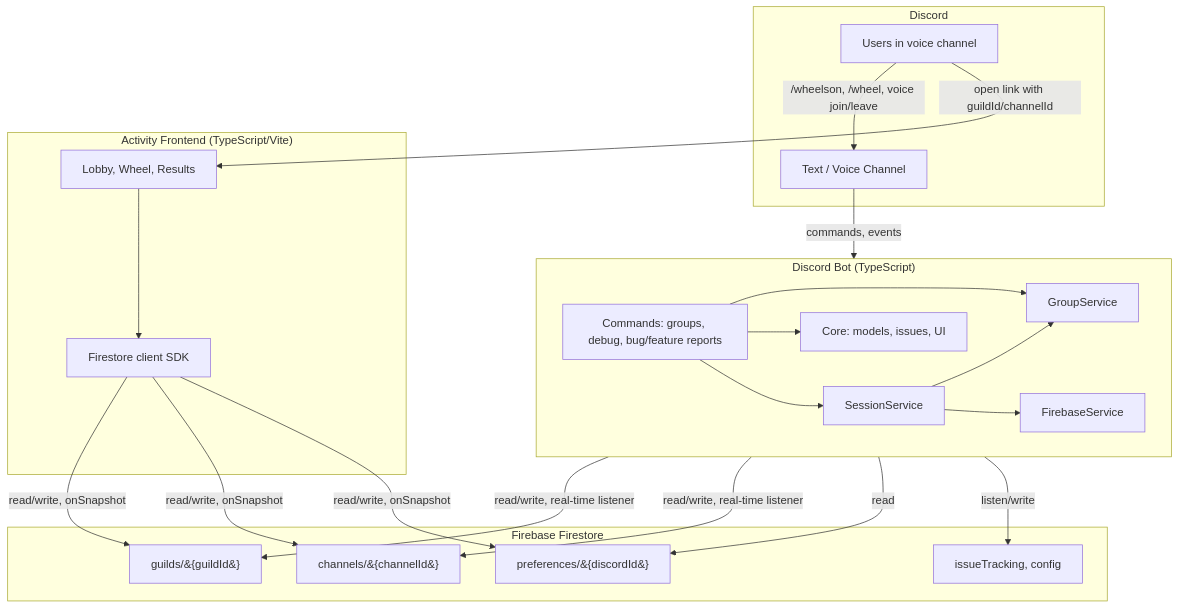
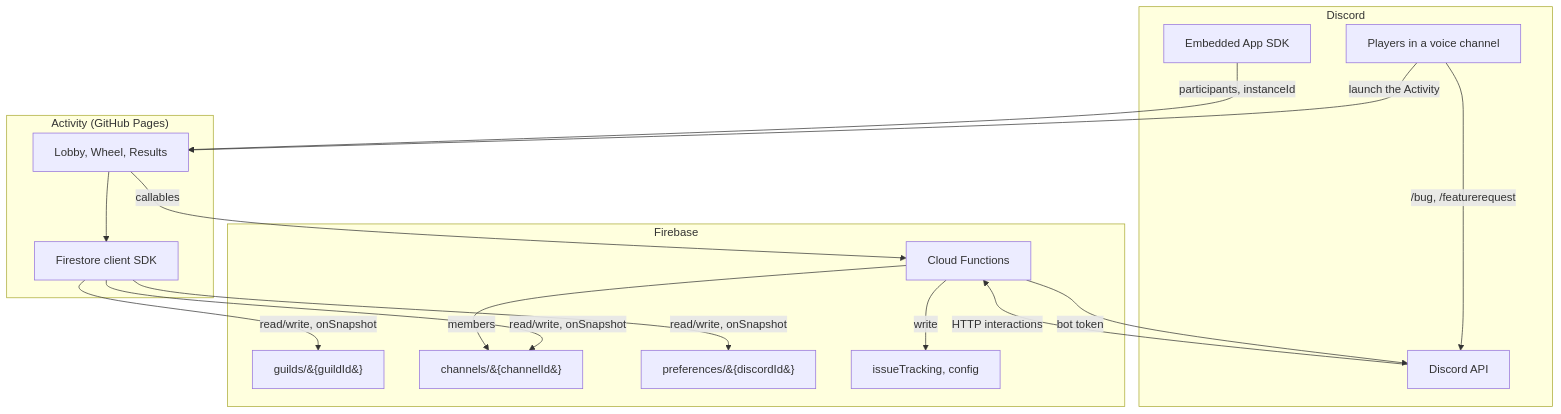
One commit to TytaniumDev/MythicPlusDiscordBot changed the first of 5 diagrams in ARCHITECTURE.md. Above: the diagram before and after it, drawn with Mermaid. The commit also changed other lines of this file and 82 other files, not shown here.

````diff
--- a/ARCHITECTURE.md
+++ b/ARCHITECTURE.md
@@ -21,43 +21,33 @@
 ```mermaid
 flowchart TB
     subgraph Discord["Discord"]
-        User[Users in voice channel]
-        Channel[Text / Voice Channel]
+        User[Players in a voice channel]
+        SDK[Embedded App SDK]
+        API[Discord API]
     end
 
-    subgraph Bot["Discord Bot (TypeScript)"]
-        Cogs[Commands: groups, debug, bug/feature reports]
-        GroupService[GroupService]
-        SessionService[SessionService]
-        FirebaseService[FirebaseService]
-        Core[Core: models, issues, UI]
-        Cogs --> GroupService
-        Cogs --> SessionService
-        Cogs --> Core
-        SessionService --> FirebaseService
-        SessionService --> GroupService
+    subgraph Frontend["Activity (GitHub Pages)"]
+        UI[Lobby, Wheel, Results]
+        UI --> FirestoreClient[Firestore client SDK]
     end
 
-    subgraph Firebase["Firebase Firestore"]
+    subgraph Firebase["Firebase"]
         Guilds[guilds/&#123;guildId&#125;]
         Channels[channels/&#123;channelId&#125;]
         Preferences[preferences/&#123;discordId&#125;]
         Sidecars[issueTracking, config]
+        Functions[Cloud Functions]
     end
 
-    subgraph Frontend["Activity Frontend (TypeScript/Vite)"]
-        UI[Lobby, Wheel, Results]
-        UI --> FirestoreClient[Firestore client SDK]
-    end
-
-    User -->|/wheelson, /wheel, voice join/leave| Channel
-    Channel -->|commands, events| Bot
-    Bot -->|read/write, real-time listener| Guilds
-    Bot -->|read/write, real-time listener| Channels
-    Bot -->|read| Preferences
-    Bot -->|listen/write| Sidecars
+    User -->|launch the Activity| UI
+    SDK -->|participants, instanceId| UI
     FirestoreClient -->|read/write, onSnapshot| Guilds
     FirestoreClient -->|read/write, onSnapshot| Channels
     FirestoreClient -->|read/write, onSnapshot| Preferences
-    User -->|open link with guildId/channelId| UI
+    UI -->|callables| Functions
+    User -->|/bug, /featurerequest| API
+    API -->|HTTP interactions| Functions
+    Functions -->|bot token| API
+    Functions -->|members| Channels
+    Functions -->|write| Sidecars
 ```
````
